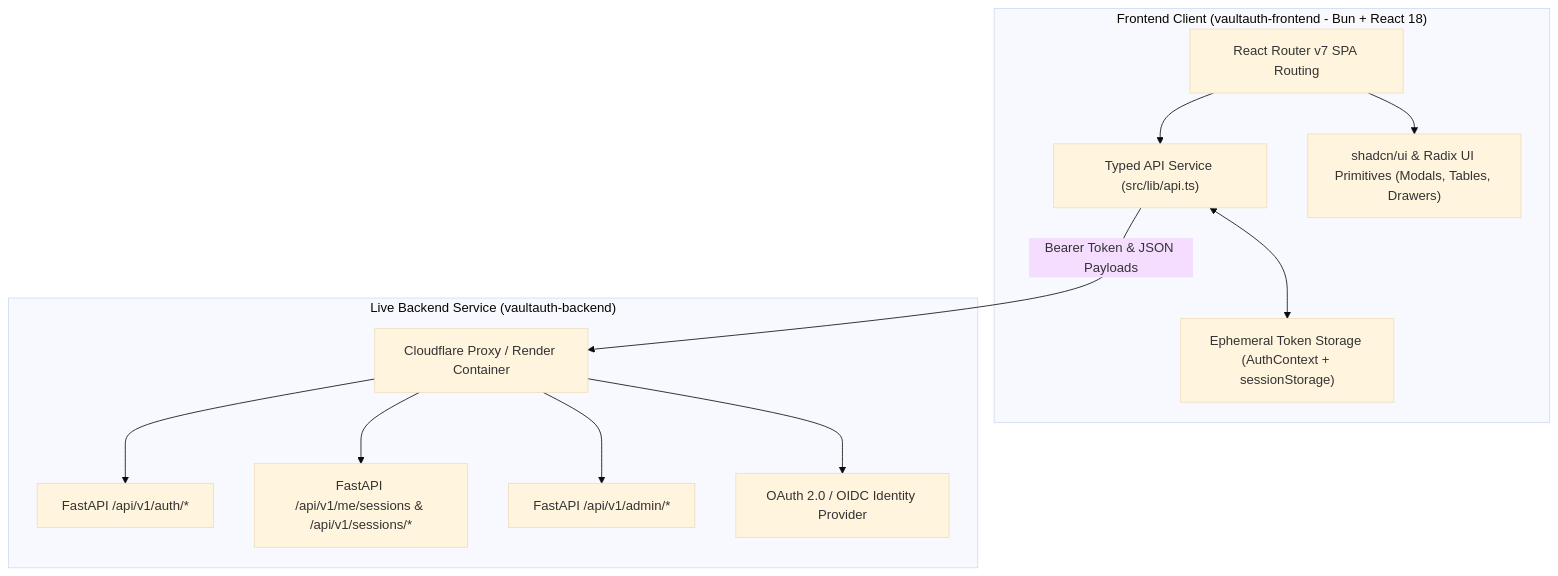
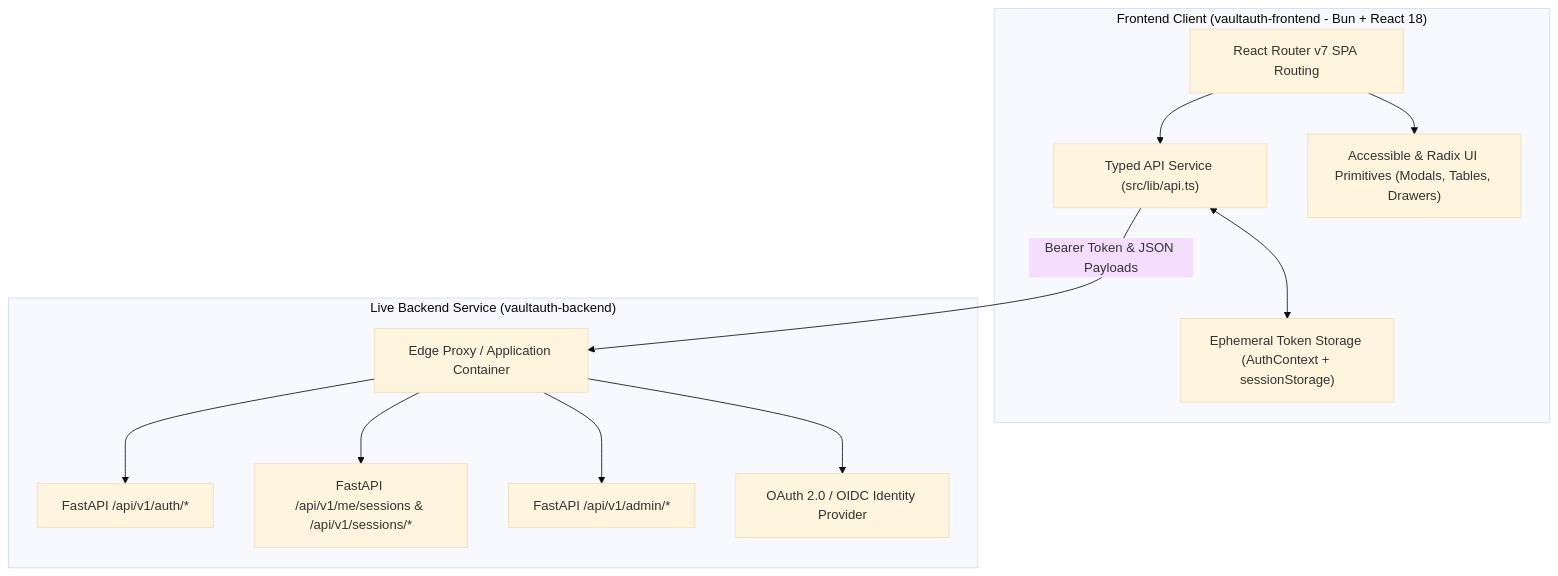
One commit to ABhardwaj28/vaultauth-frontend changed the first of 2 diagrams in docs/FRONTEND_PLANNER.md. Above: the diagram before and after it, drawn with Mermaid (base theme). The commit also changed other lines of this file and 10 other files, not shown here.

````diff
--- a/docs/FRONTEND_PLANNER.md
+++ b/docs/FRONTEND_PLANNER.md
@@ -12,26 +12,26 @@
 ```mermaid
 flowchart TD
     subgraph Client["Frontend Client (vaultauth-frontend - Bun + React 18)"]
         UI["React Router v7 SPA Routing"]
         API_LAYER["Typed API Service (src/lib/api.ts)"]
         SESSION_STORE["Ephemeral Token Storage (AuthContext + sessionStorage)"]
-        COMPONENTS["shadcn/ui & Radix UI Primitives (Modals, Tables, Drawers)"]
+        COMPONENTS["Accessible & Radix UI Primitives (Modals, Tables, Drawers)"]
     end
 
     subgraph Backend["Live Backend Service (vaultauth-backend)"]
-        GATEWAY["Cloudflare Proxy / Render Container"]
+        GATEWAY["Edge Proxy / Application Container"]
         CORE_API["FastAPI /api/v1/auth/*"]
         SESSION_API["FastAPI /api/v1/me/sessions & /api/v1/sessions/*"]
         ADMIN_API["FastAPI /api/v1/admin/*"]
         OIDC_ENGINE["OAuth 2.0 / OIDC Identity Provider"]
     end
 
     UI --> API_LAYER
     API_LAYER -->|Bearer Token & JSON Payloads| GATEWAY
     GATEWAY --> CORE_API
     GATEWAY --> SESSION_API
     GATEWAY --> ADMIN_API
     GATEWAY --> OIDC_ENGINE
     API_LAYER <--> SESSION_STORE
     UI --> COMPONENTS
 ```
````
